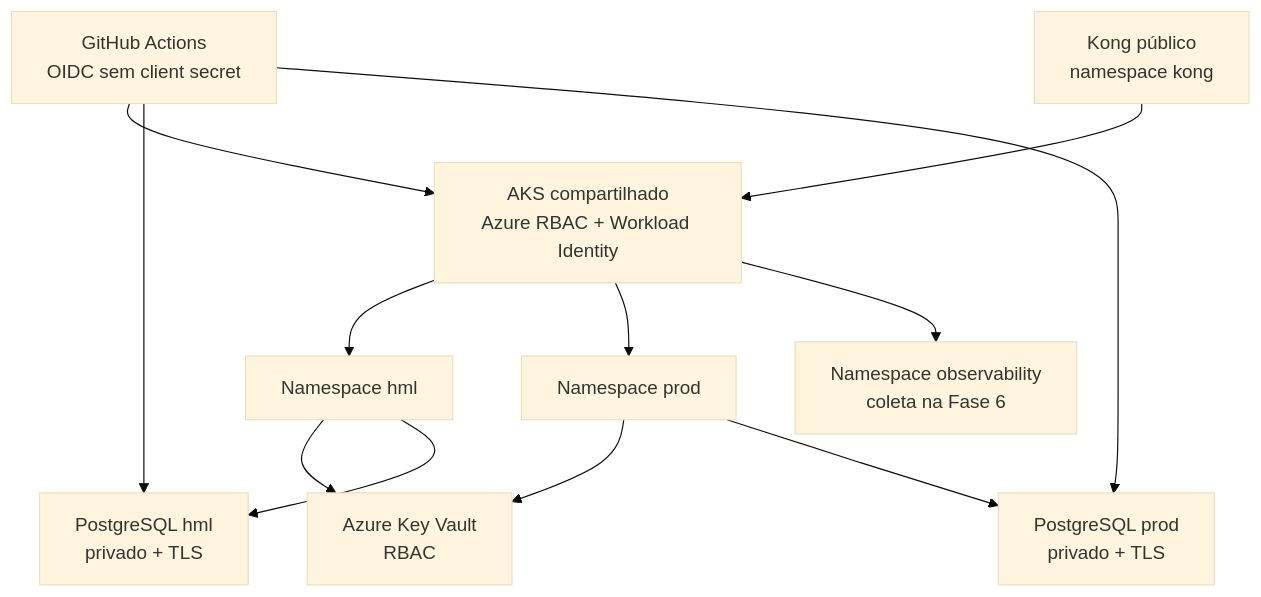
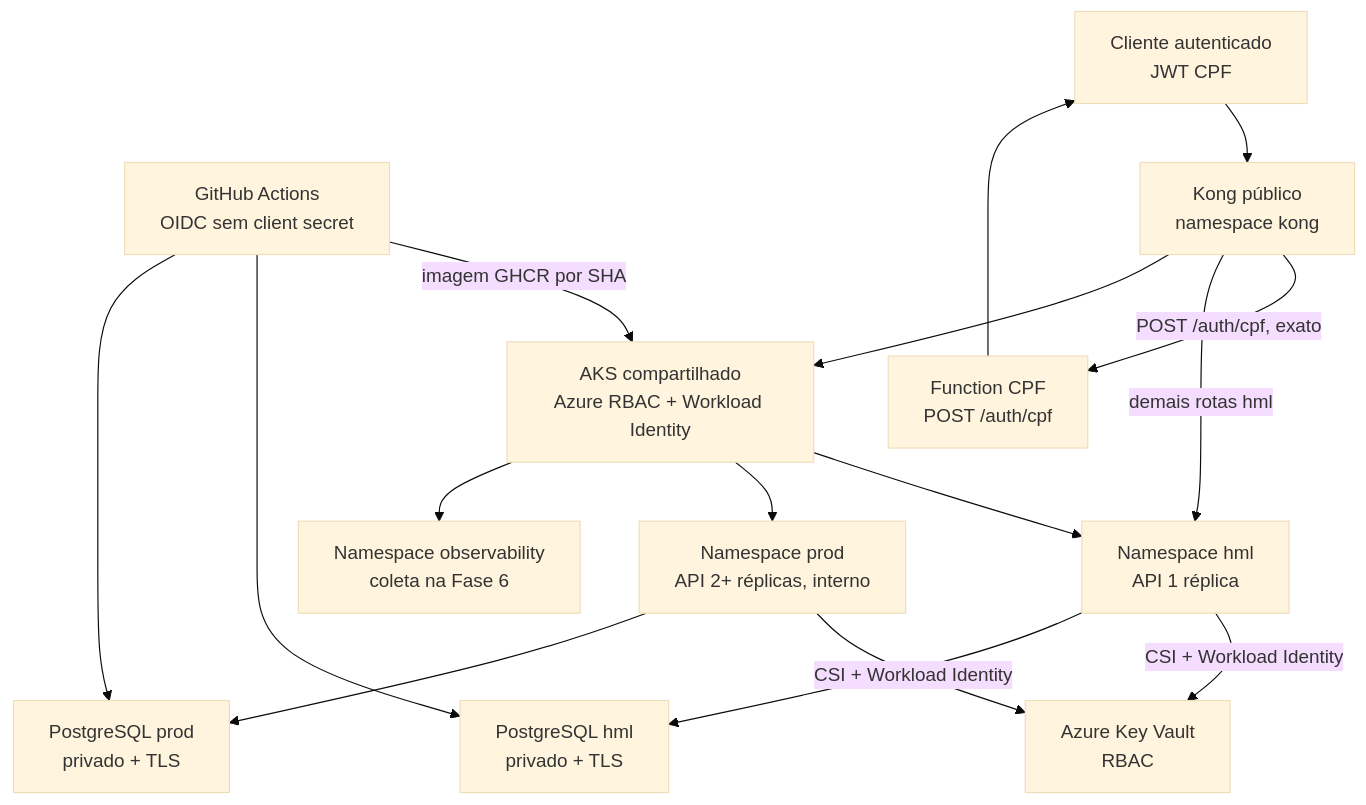
Before and after one commit to JoaoGW/soat-api: the second of 2 diagrams in docs/architecture/README.md, drawn with Mermaid (base theme). The commit also changed other lines of this file and 3 other files, not shown here.

````diff
--- a/docs/architecture/README.md
+++ b/docs/architecture/README.md
@@ -34,24 +34,30 @@
 ```mermaid
 flowchart TB
+    CLIENTE[Cliente autenticado\nJWT CPF]
     GH[GitHub Actions\nOIDC sem client secret]
     AKS[AKS compartilhado\nAzure RBAC + Workload Identity]
     KONG[Kong público\nnamespace kong]
-    HML[Namespace hml]
-    PROD[Namespace prod]
+    FUNCTION[Function CPF\nPOST /auth/cpf]
+    HML[Namespace hml\nAPI 1 réplica]
+    PROD[Namespace prod\nAPI 2+ réplicas, interno]
     OBS[Namespace observability\ncoleta na Fase 6]
     KV[Azure Key Vault\nRBAC]
     PGHML[PostgreSQL hml\nprivado + TLS]
     PGPROD[PostgreSQL prod\nprivado + TLS]
 
-    GH --> AKS
+    CLIENTE --> KONG
+    KONG -->|POST /auth/cpf, exato| FUNCTION
+    KONG -->|demais rotas hml| HML
+    FUNCTION --> CLIENTE
+    GH -->|imagem GHCR por SHA| AKS
     GH --> PGHML
     GH --> PGPROD
     KONG --> AKS
     AKS --> HML
     AKS --> PROD
     AKS --> OBS
-    HML --> KV
-    PROD --> KV
+    HML -->|CSI + Workload Identity| KV
+    PROD -->|CSI + Workload Identity| KV
     HML --> PGHML
     PROD --> PGPROD
 ```
````
